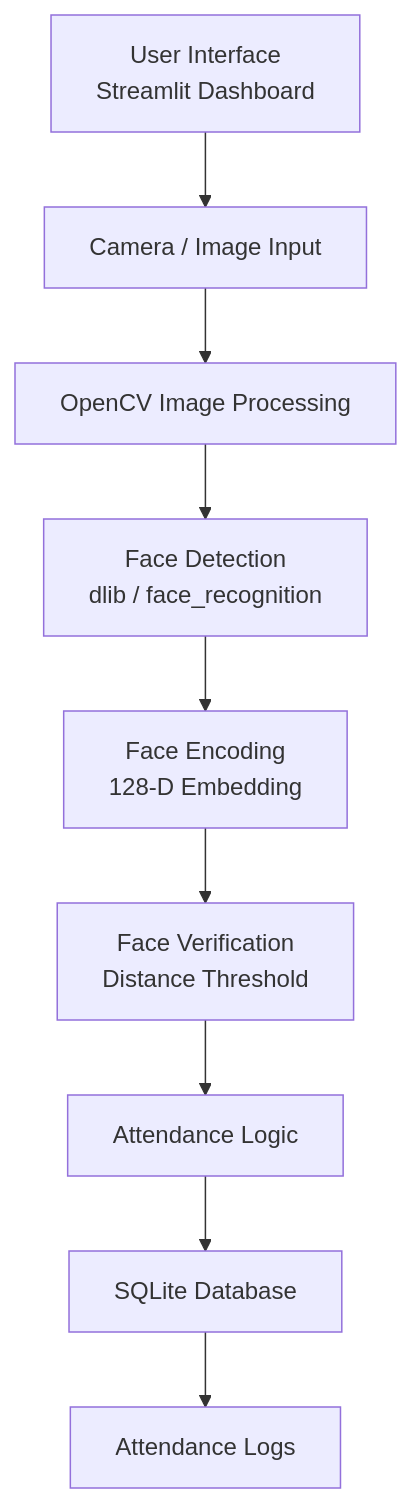
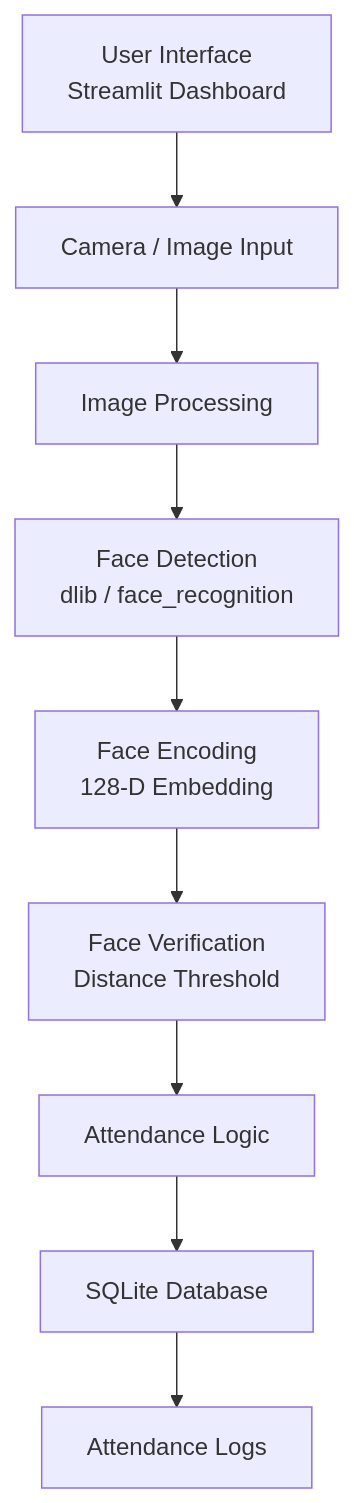
Before and after one commit to Mohamad-101/Secure-Attendance-System-Using-Facial-Recognition: the first of 3 diagrams in docs/phase_1/PHASE_1_DOCUMENTATION.md, drawn with Mermaid. The commit also changed other lines of this file, not shown here.

````diff
--- a/docs/phase_1/PHASE_1_DOCUMENTATION.md
+++ b/docs/phase_1/PHASE_1_DOCUMENTATION.md
@@ -171,11 +196,11 @@
 ```mermaid
 flowchart TD
     A["User Interface<br/>Streamlit Dashboard"] --> B["Camera / Image Input"]
-    B --> C["OpenCV Image Processing"]
+    B --> C["Image Processing"]
     C --> D["Face Detection<br/>dlib / face_recognition"]
     D --> E["Face Encoding<br/>128-D Embedding"]
     E --> F["Face Verification<br/>Distance Threshold"]
     F --> G["Attendance Logic"]
     G --> H["SQLite Database"]
     H --> I["Attendance Logs"]
 ```
````
